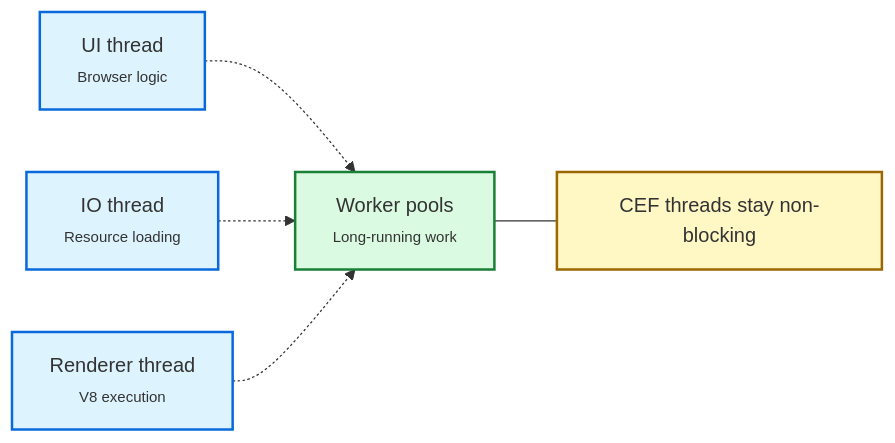
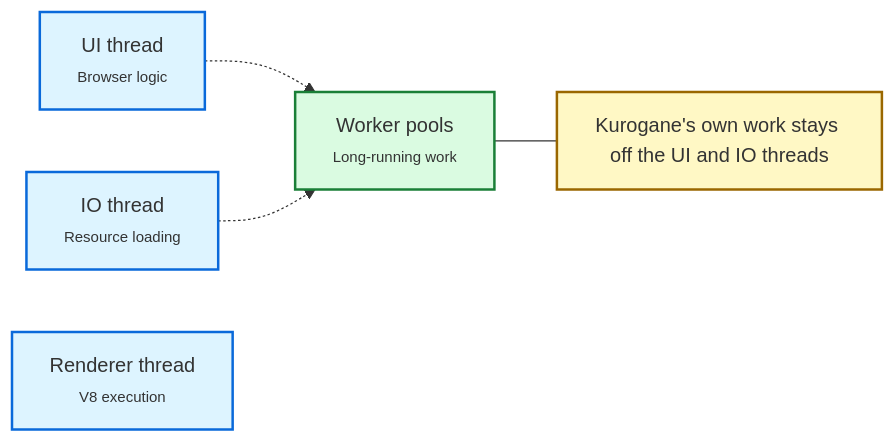
One commit to 0x48piraj/kurogane changed the fifth of 6 diagrams in ARCHITECTURE.md. Above: the diagram before and after it, drawn with Mermaid. The commit also changed other lines of this file and 13 other files, not shown here.

````diff
--- a/ARCHITECTURE.md
+++ b/ARCHITECTURE.md
@@ -258,24 +258,23 @@
 ```mermaid
 flowchart LR
     A["UI thread<br/><span style='font-size:12px'>Browser logic</span>"]
     B["IO thread<br/><span style='font-size:12px'>Resource loading</span>"]
     C["Renderer thread<br/><span style='font-size:12px'>V8 execution</span>"]
 
     D["Worker pools<br/><span style='font-size:12px'>Long-running work</span>"]
 
     A -.-> D
     B -.-> D
-    C -.-> D
 
-    N["CEF threads stay non-blocking"]
+    N["Kurogane's own work stays off the UI and IO threads"]
 
     D --- N
 
     classDef thread fill:#ddf4ff,stroke:#0969da,stroke-width:2px;
     classDef worker fill:#dafbe1,stroke:#1a7f37,stroke-width:2px;
     classDef note fill:#fff8c5,stroke:#9a6700,stroke-width:2px;
 
     class A,B,C thread;
     class D worker;
     class N note;
 ```
````
